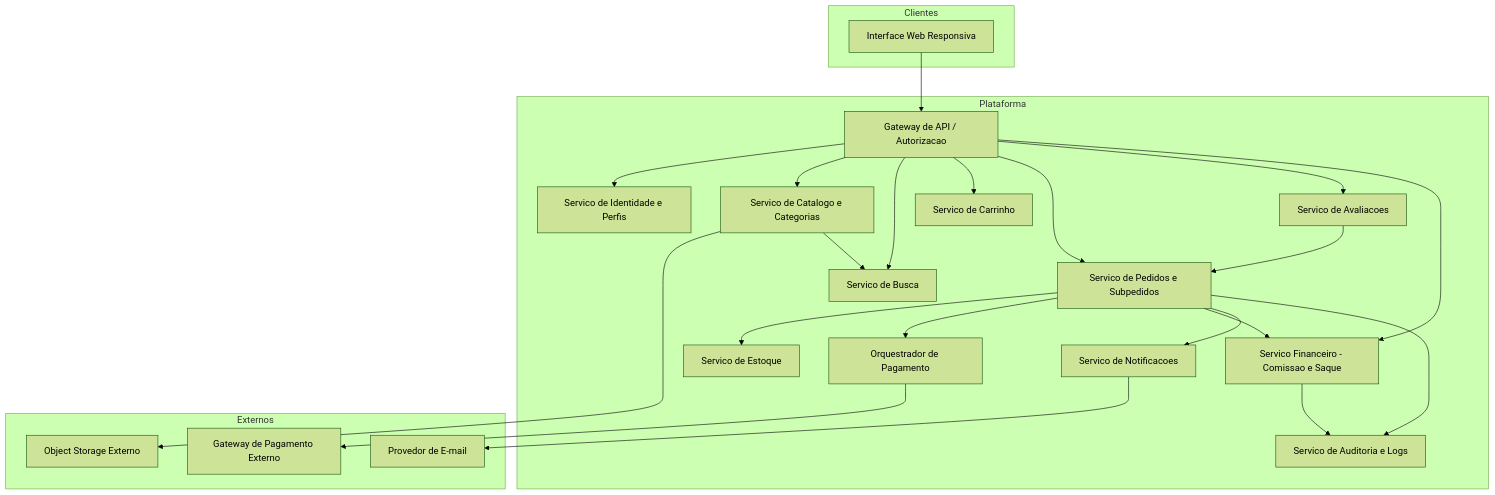
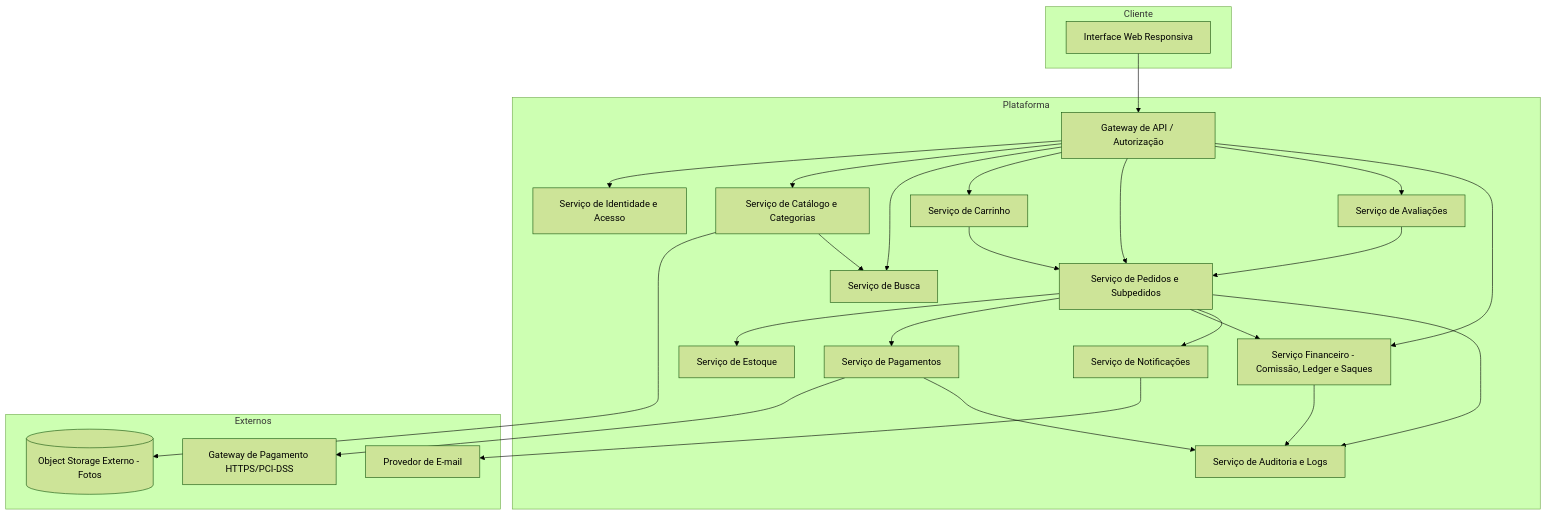
One commit to PDC-ESIA/AI4ES changed the first of 3 diagrams in docs/Time_2_Design/analise-qualitativa/outputs/relatorio_claude_fable_5_M03.md. Above: the diagram before and after it, drawn with Mermaid (forest theme). The commit also changed other lines of this file and 107 other files, not shown here.

````diff
--- a/docs/Time_2_Design/analise-qualitativa/outputs/relatorio_claude_fable_5_M03.md
+++ b/docs/Time_2_Design/analise-qualitativa/outputs/relatorio_claude_fable_5_M03.md
@@ -31,47 +31,49 @@
 ```mermaid
 flowchart TB
-    subgraph Clientes
-        WEB[Interface Web Responsiva]
+    subgraph Cliente
+        UI[Interface Web Responsiva]
     end
 
     subgraph Plataforma
-        GW[Gateway de API / Autorizacao]
-        IAM[Servico de Identidade e Perfis]
-        CAT[Servico de Catalogo e Categorias]
-        BUSCA[Servico de Busca]
-        EST[Servico de Estoque]
-        CAR[Servico de Carrinho]
-        PED[Servico de Pedidos e Subpedidos]
-        PAG[Orquestrador de Pagamento]
-        FIN[Servico Financeiro - Comissao e Saque]
-        AVA[Servico de Avaliacoes]
-        NOT[Servico de Notificacoes]
-        LOG[Servico de Auditoria e Logs]
+        GW[Gateway de API / Autorização]
+        IAM[Serviço de Identidade e Acesso]
+        CAT[Serviço de Catálogo e Categorias]
+        BUSCA[Serviço de Busca]
+        EST[Serviço de Estoque]
+        CAR[Serviço de Carrinho]
+        PED[Serviço de Pedidos e Subpedidos]
+        PAG[Serviço de Pagamentos]
+        FIN[Serviço Financeiro - Comissão, Ledger e Saques]
+        AVA[Serviço de Avaliações]
+        NOT[Serviço de Notificações]
+        LOG[Serviço de Auditoria e Logs]
     end
 
     subgraph Externos
-        GATEWAY[Gateway de Pagamento Externo]
-        OBJ[Object Storage Externo]
+        OBJ[(Object Storage Externo - Fotos)]
+        GPAY[Gateway de Pagamento HTTPS/PCI-DSS]
         MAIL[Provedor de E-mail]
     end
 
-    WEB --> GW
+    UI --> GW
     GW --> IAM
     GW --> CAT
     GW --> BUSCA
     GW --> CAR
     GW --> PED
     GW --> AVA
     GW --> FIN
     CAT --> OBJ
     CAT --> BUSCA
+    CAR --> PED
     PED --> EST
     PED --> PAG
     PED --> FIN
     PED --> NOT
-    PAG --> GATEWAY
+    PAG --> GPAY
+    NOT --> MAIL
+    PED --> LOG
+    PAG --> LOG
     FIN --> LOG
-    PED --> LOG
-    NOT --> MAIL
     AVA --> PED
 ```
````
